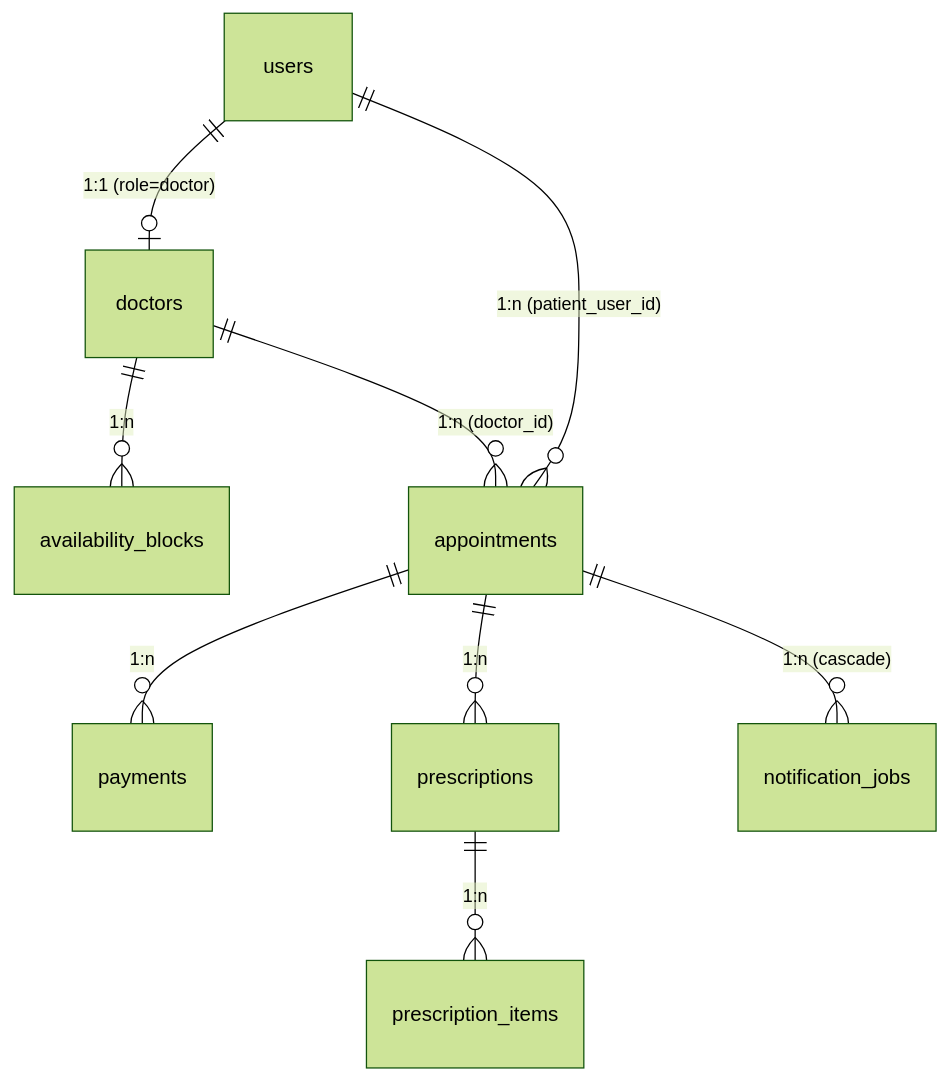
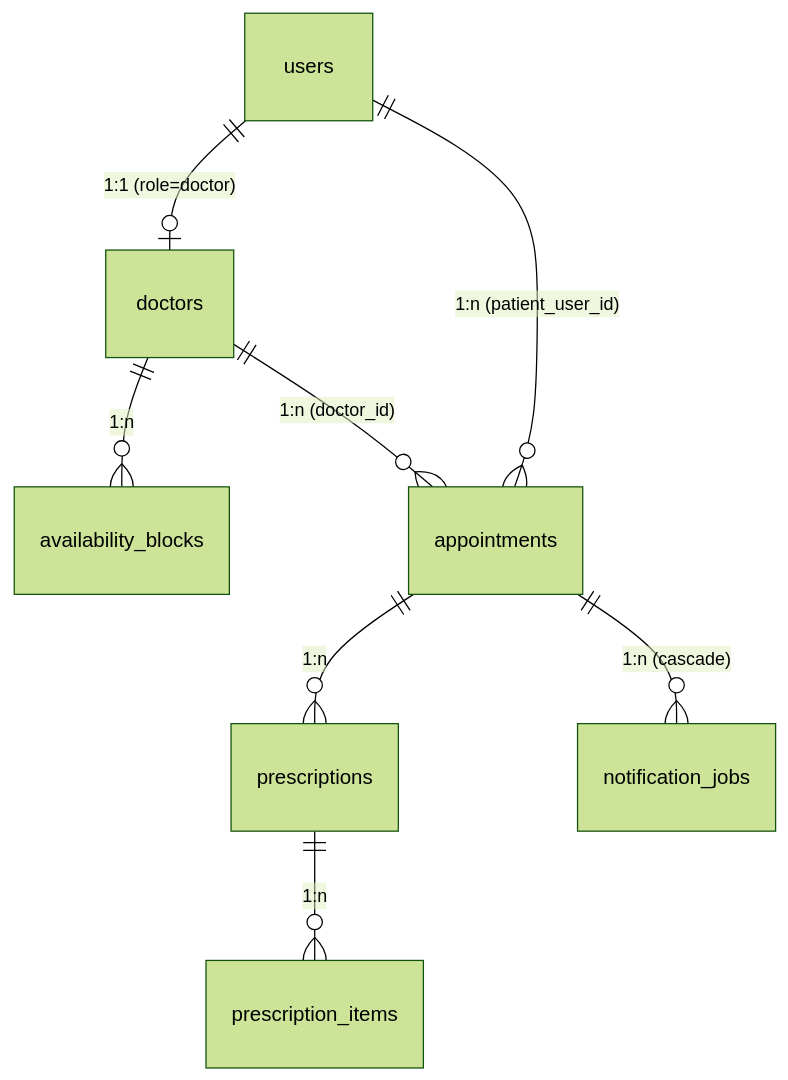
Before and after one commit to Burhan3737/Dermaestha: the diagram in docs/specification/04-DATABASE_DOCUMENT.md, drawn with Mermaid (forest theme). The commit also changed other lines of this file and 16 other files, not shown here.

````diff
--- a/docs/specification/04-DATABASE_DOCUMENT.md
+++ b/docs/specification/04-DATABASE_DOCUMENT.md
@@ -543,11 +481,10 @@
 ```mermaid
 erDiagram
     users ||--o| doctors : "1:1 (role=doctor)"
     doctors ||--o{ availability_blocks : "1:n"
     doctors ||--o{ appointments : "1:n (doctor_id)"
     users ||--o{ appointments : "1:n (patient_user_id)"
-    appointments ||--o{ payments : "1:n"
     appointments ||--o{ prescriptions : "1:n"
     appointments ||--o{ notification_jobs : "1:n (cascade)"
     prescriptions ||--o{ prescription_items : "1:n"
 ```
````
